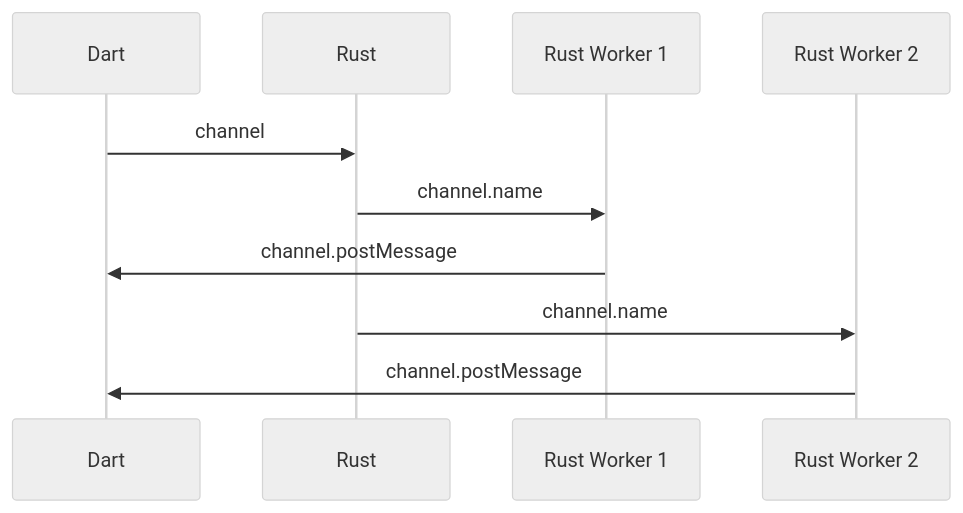
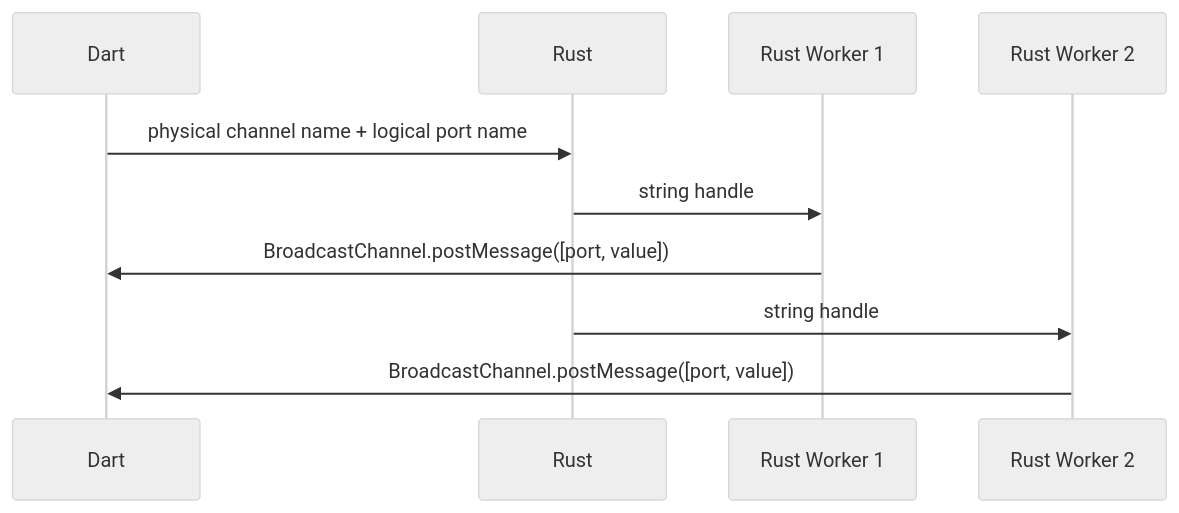
One commit to fzyzcjy/flutter_rust_bridge changed the second of 2 diagrams in website/docs/guides/contributing/submodules/dco-codec.md. Above: the diagram before and after it, drawn with Mermaid (neutral theme). The commit also changed other lines of this file and 10 other files, not shown here.

First line of the commit message:
Reuse BroadcastChannel receivers across Web streams

````diff
--- a/website/docs/guides/contributing/submodules/dco-codec.md
+++ b/website/docs/guides/contributing/submodules/dco-codec.md
@@ -35,8 +37,8 @@
 ```mermaid
 sequenceDiagram
-Dart ->> Rust: channel
-Rust ->> Rust Worker 1: channel.name
-Rust Worker 1 ->> Dart: channel.postMessage
-Rust ->> Rust Worker 2: channel.name
-Rust Worker 2 ->> Dart: channel.postMessage
+Dart ->> Rust: physical channel name + logical port name
+Rust ->> Rust Worker 1: string handle
+Rust Worker 1 ->> Dart: BroadcastChannel.postMessage([port, value])
+Rust ->> Rust Worker 2: string handle
+Rust Worker 2 ->> Dart: BroadcastChannel.postMessage([port, value])
 ```
````
